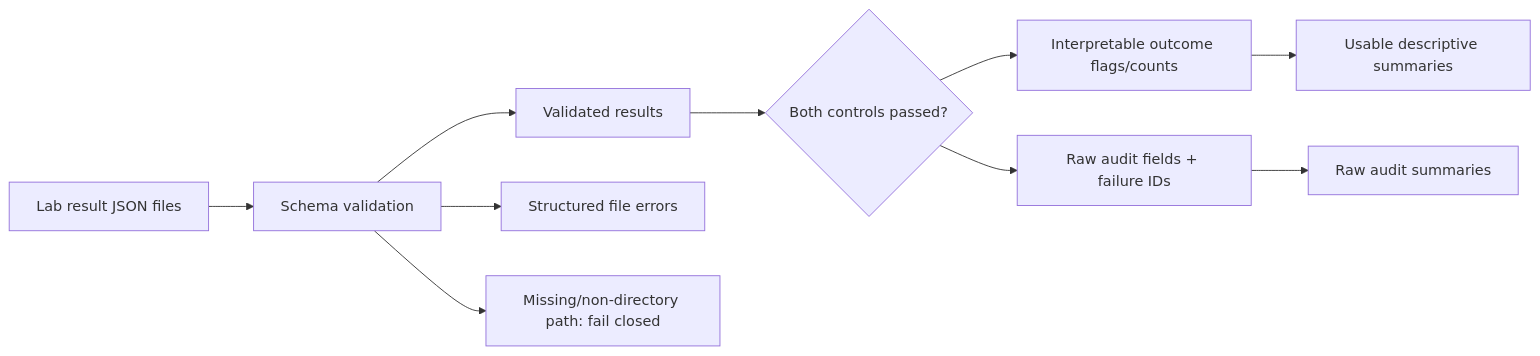
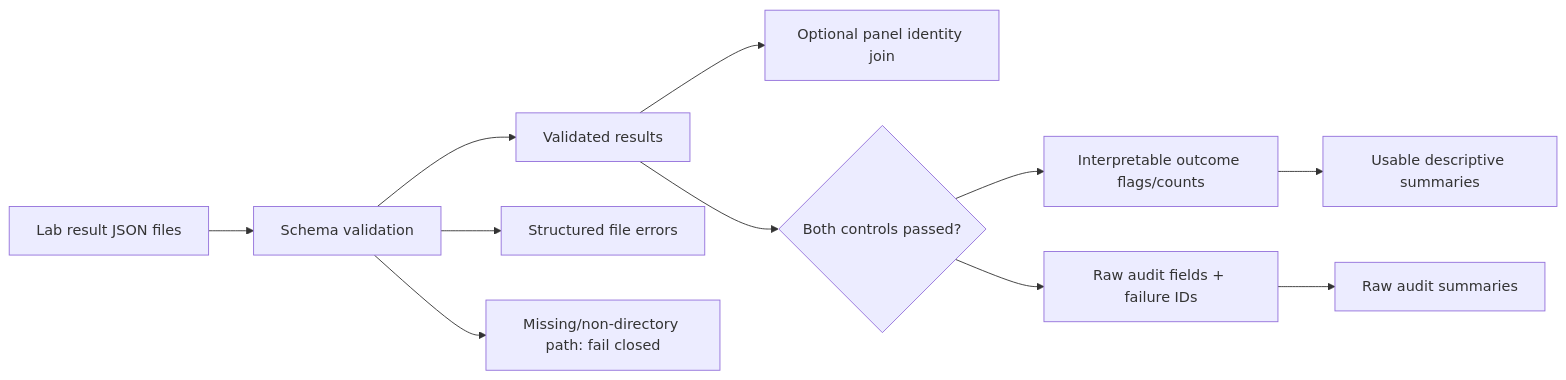
Before and after one commit to streamentry/OpenAMP-Foundry: the first of 2 diagrams in src/openamp_foundry/data/AGENTS.md, drawn with Mermaid. The commit also changed other lines of this file and 11 other files, not shown here.

First line of the commit message:
fix: verify lab result panel identity

````diff
--- a/src/openamp_foundry/data/AGENTS.md
+++ b/src/openamp_foundry/data/AGENTS.md
@@ -18,12 +19,13 @@
 ```mermaid
 flowchart LR
   Files["Lab result JSON files"] --> Validate["Schema validation"]
   Validate --> Valid["Validated results"]
   Validate --> Errors["Structured file errors"]
   Validate --> PathError["Missing/non-directory path: fail closed"]
+  Valid --> Panel["Optional panel identity join"]
   Valid --> Controls{"Both controls passed?"}
   Controls --> Usable["Interpretable outcome flags/counts"]
   Controls --> Raw["Raw audit fields + failure IDs"]
   Usable --> Summary["Usable descriptive summaries"]
   Raw --> Audit["Raw audit summaries"]
 ```
````
